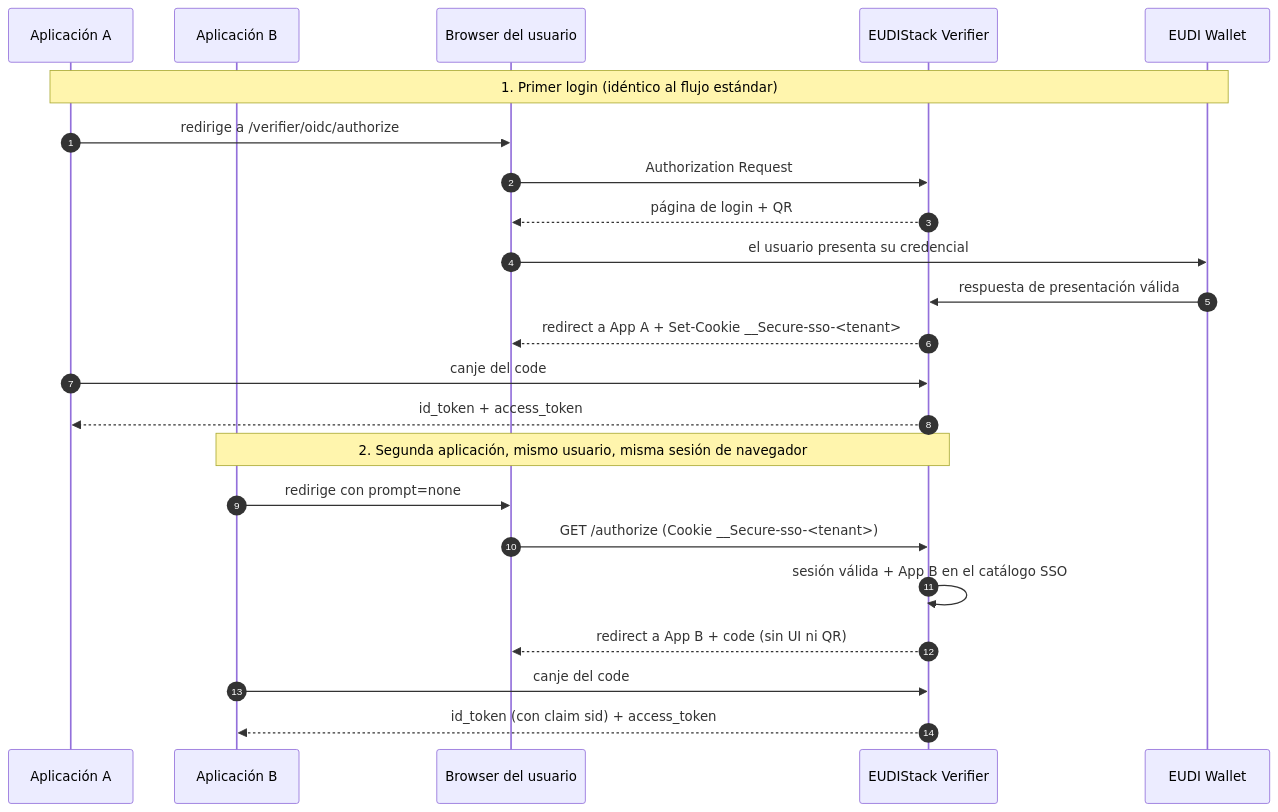
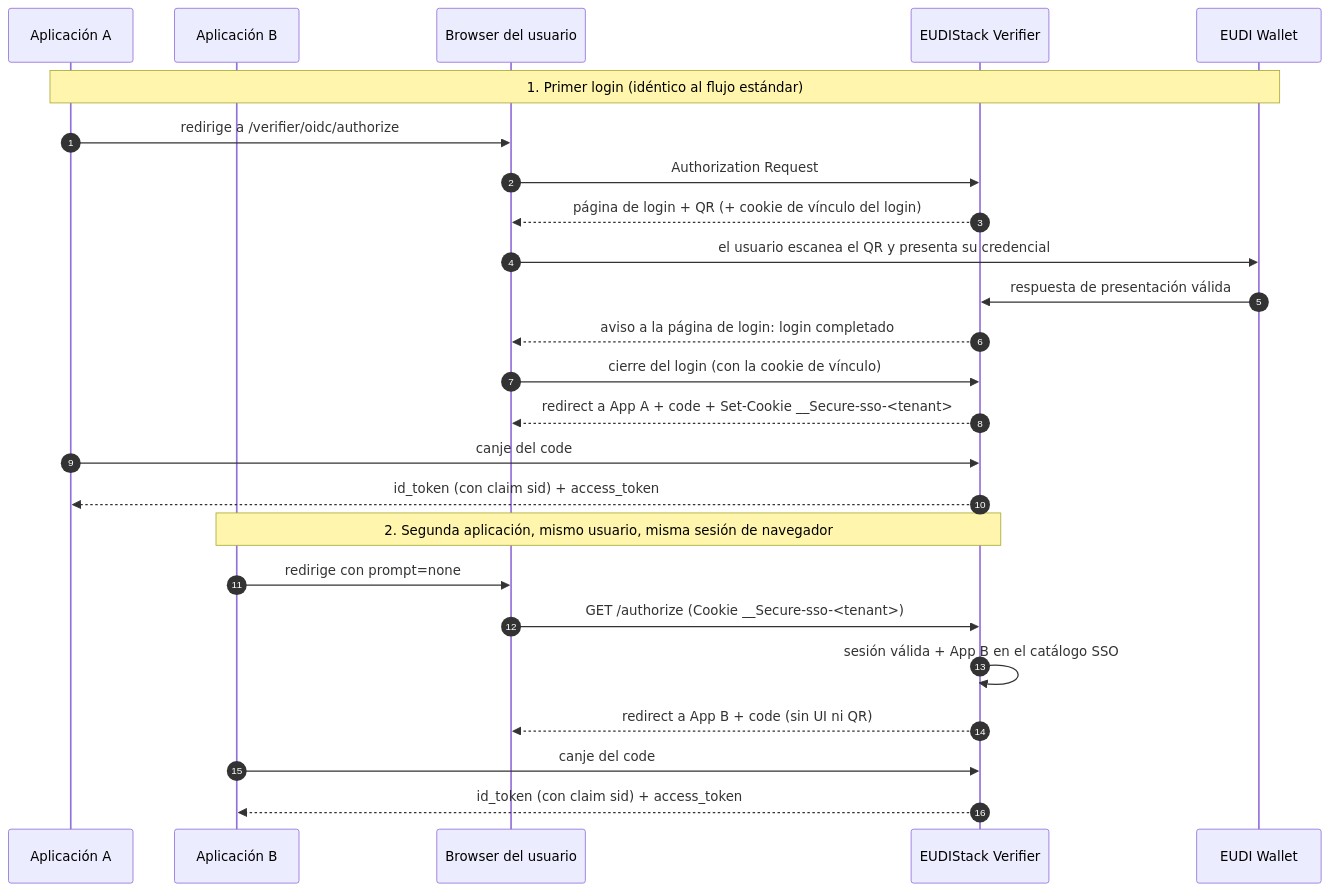
Before and after one commit to in2workspace/eudistack-platform-docs: the first of 3 diagrams in docs/developers/guides/sso-multi-app.md, drawn with Mermaid. The commit also changed other lines of this file and 1 other file, not shown here.

First line of the commit message:
docs(sso): align the multi-app SSO guide with the Verifier code

````diff
--- a/docs/developers/guides/sso-multi-app.md
+++ b/docs/developers/guides/sso-multi-app.md
@@ -33,27 +33,29 @@
 ```mermaid
 sequenceDiagram
     autonumber
     participant App1 as Aplicación A
     participant App2 as Aplicación B
     participant Browser as Browser del usuario
     participant Verifier as EUDIStack Verifier
     participant Wallet as EUDI Wallet
 
     Note over App1,Wallet: 1. Primer login (idéntico al flujo estándar)
     App1->>Browser: redirige a /verifier/oidc/authorize
     Browser->>Verifier: Authorization Request
-    Verifier-->>Browser: página de login + QR
-    Browser->>Wallet: el usuario presenta su credencial
+    Verifier-->>Browser: página de login + QR (+ cookie de vínculo del login)
+    Browser->>Wallet: el usuario escanea el QR y presenta su credencial
     Wallet->>Verifier: respuesta de presentación válida
-    Verifier-->>Browser: redirect a App A + Set-Cookie __Secure-sso-<tenant>
+    Verifier-->>Browser: aviso a la página de login: login completado
+    Browser->>Verifier: cierre del login (con la cookie de vínculo)
+    Verifier-->>Browser: redirect a App A + code + Set-Cookie __Secure-sso-<tenant>
     App1->>Verifier: canje del code
-    Verifier-->>App1: id_token + access_token
+    Verifier-->>App1: id_token (con claim sid) + access_token
 
     Note over App2,Verifier: 2. Segunda aplicación, mismo usuario, misma sesión de navegador
     App2->>Browser: redirige con prompt=none
     Browser->>Verifier: GET /authorize (Cookie __Secure-sso-<tenant>)
     Verifier->>Verifier: sesión válida + App B en el catálogo SSO
     Verifier-->>Browser: redirect a App B + code (sin UI ni QR)
     App2->>Verifier: canje del code
     Verifier-->>App2: id_token (con claim sid) + access_token
 ```
````
